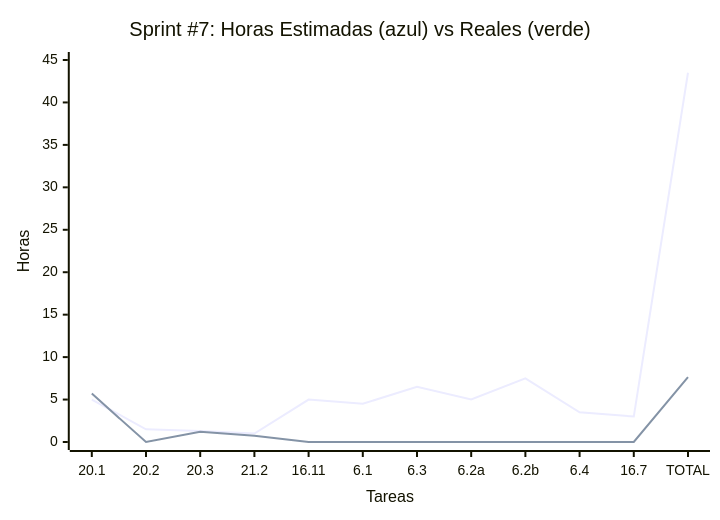
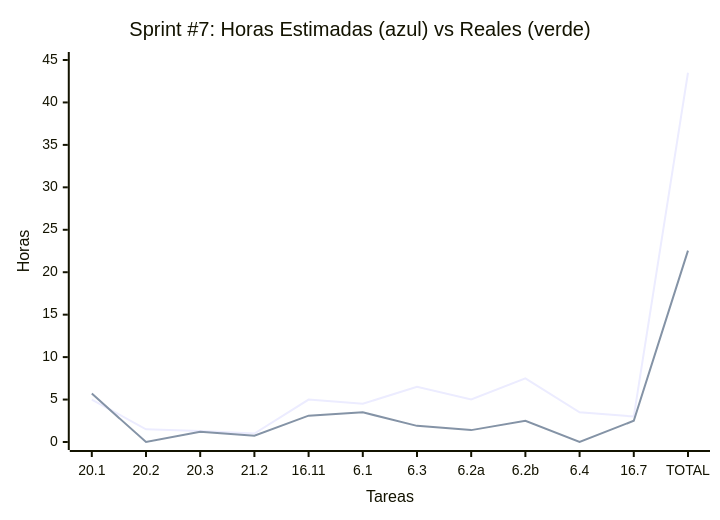
Before and after one commit to MarkMed/FleetMan: the seventh of 7 diagrams in docs/SprintsPlanning.md, drawn with Mermaid. The commit also changed other lines of this file, not shown here.

````diff
--- a/docs/SprintsPlanning.md
+++ b/docs/SprintsPlanning.md
@@ -306,12 +306,12 @@
 ```mermaid
 xychart-beta
     title "Sprint #7: Horas Estimadas (azul) vs Reales (verde)"
     x-axis "Tareas" ["20.1", "20.2", "20.3", "21.2", "16.11", "6.1", "6.3", "6.2a", "6.2b", "6.4", "16.7", "TOTAL"]
     y-axis "Horas" 0 --> 45
     
     %% Green line (estimadas)
     line [5, 1.5, 1.3, 1, 5, 4.5, 6.5, 5, 7.5, 3.5, 3, 43.5]
 
     %% Black line (reales)
-    line [5.7, 0, 1.2, 0.75, 0, 0, 0, 0, 0, 0, 0, 7.65]
+    line [5.7, 0, 1.2, 0.75, 3.1, 3.5, 1.9, 1.4, 2.5, 0, 2.5, 22.55]
 ```
````
